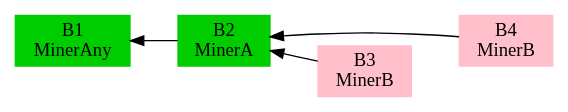
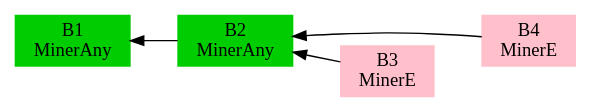
The diagram in src/algorithms/expected_consensus/diagrams/time_offset.dot (filecoin-project/specs), drawn with Graphviz before and after one commit. The commit also changed 6 other files, not shown here.

```diff
--- a/src/algorithms/expected_consensus/diagrams/time_offset.dot
+++ b/src/algorithms/expected_consensus/diagrams/time_offset.dot
@@ -1,16 +1,16 @@
 digraph G {
   rankdir=RL;
   node [shape=box, style="filled", color="green3"]
 
   B1 [label="B1\nMinerAny"]
-  B2 [label="B2\nMinerA"]
-  B3 [label="B3\nMinerB",   color=pink]
-  B4 [label="B4\nMinerB",   color=pink]
+  B2 [label="B2\nMinerAny"]
+  B3 [label="B3\nMinerE",   color=pink]
+  B4 [label="B4\nMinerE",   color=pink]
   
   B2 -> B1
   B3 -> B2
   B4 -> B2
 
   edge[style=invis];
   B4 -> B3
 }
```
